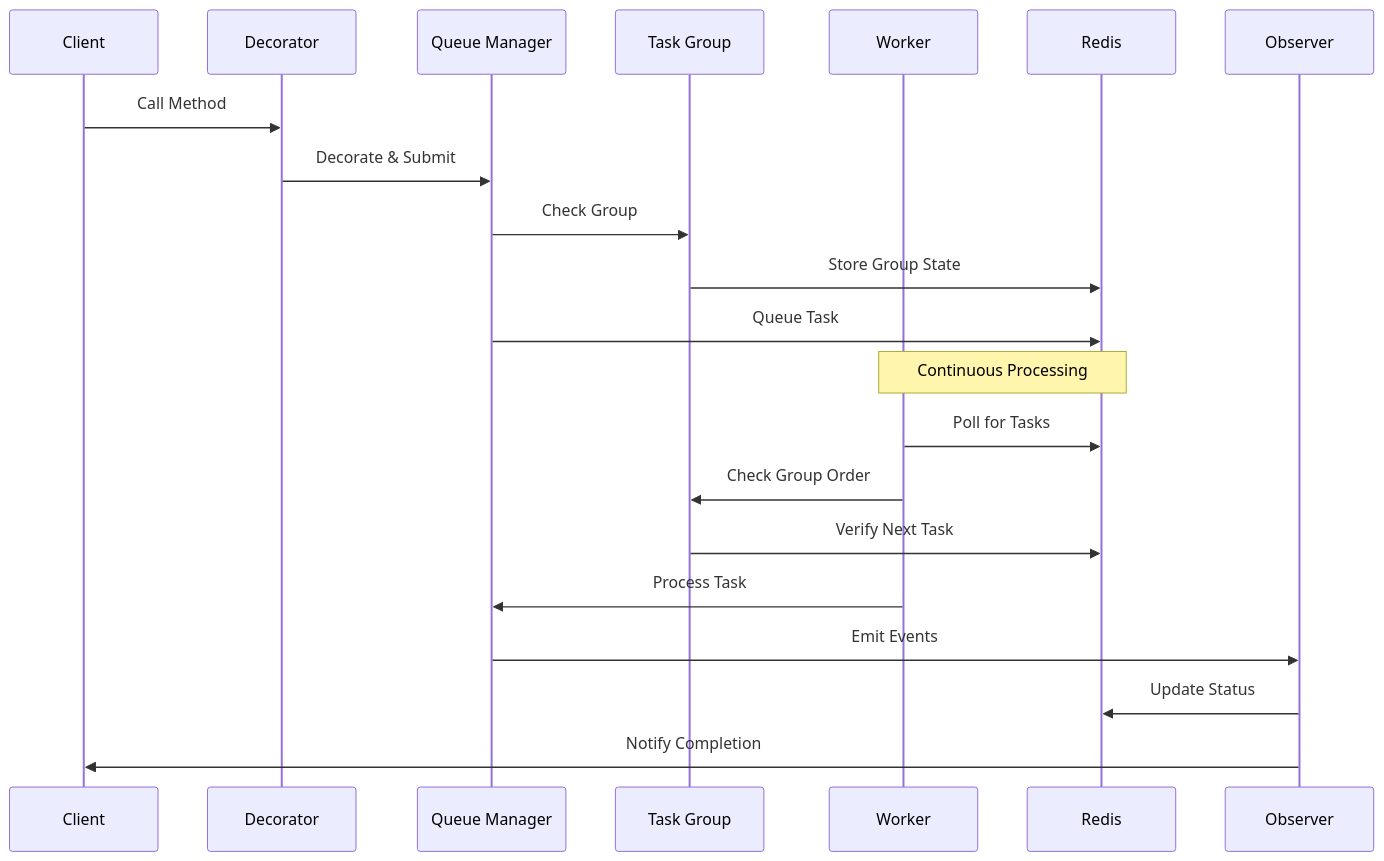
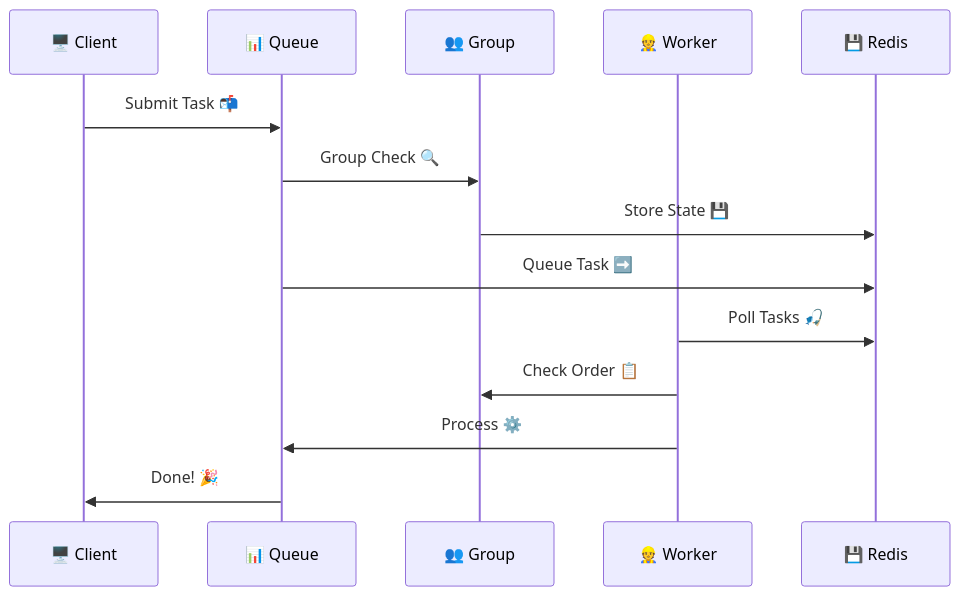
The second of 4 diagrams in README.md (theboringhumane/cleo), drawn with Mermaid before and after one commit. The commit also changed other lines of this file and 2 other files, not shown here.

````diff
--- a/README.md
+++ b/README.md
@@ -68,25 +83,17 @@
 ```mermaid
 sequenceDiagram
-    participant C as Client
-    participant D as Decorator
-    participant QM as Queue Manager
-    participant G as Task Group
-    participant W as Worker
-    participant R as Redis
-    participant O as Observer
+    participant C as 🖥️ Client
+    participant QM as 📊 Queue
+    participant G as 👥 Group
+    participant W as 👷 Worker
+    participant R as 💾 Redis
 
-    C->>D: Call Method
-    D->>QM: Decorate & Submit
-    QM->>G: Check Group
-    G->>R: Store Group State
-    QM->>R: Queue Task
-    
-    Note over W,R: Continuous Processing
-    W->>R: Poll for Tasks
-    W->>G: Check Group Order
-    G->>R: Verify Next Task
-    W->>QM: Process Task
-    QM->>O: Emit Events
-    O->>R: Update Status
-    O->>C: Notify Completion
+    C->>QM: Submit Task 📬
+    QM->>G: Group Check 🔍
+    G->>R: Store State 💾
+    QM->>R: Queue Task ➡️
+    W->>R: Poll Tasks 🎣
+    W->>G: Check Order 📋
+    W->>QM: Process ⚙️
+    QM->>C: Done! 🎉
 ```
````
